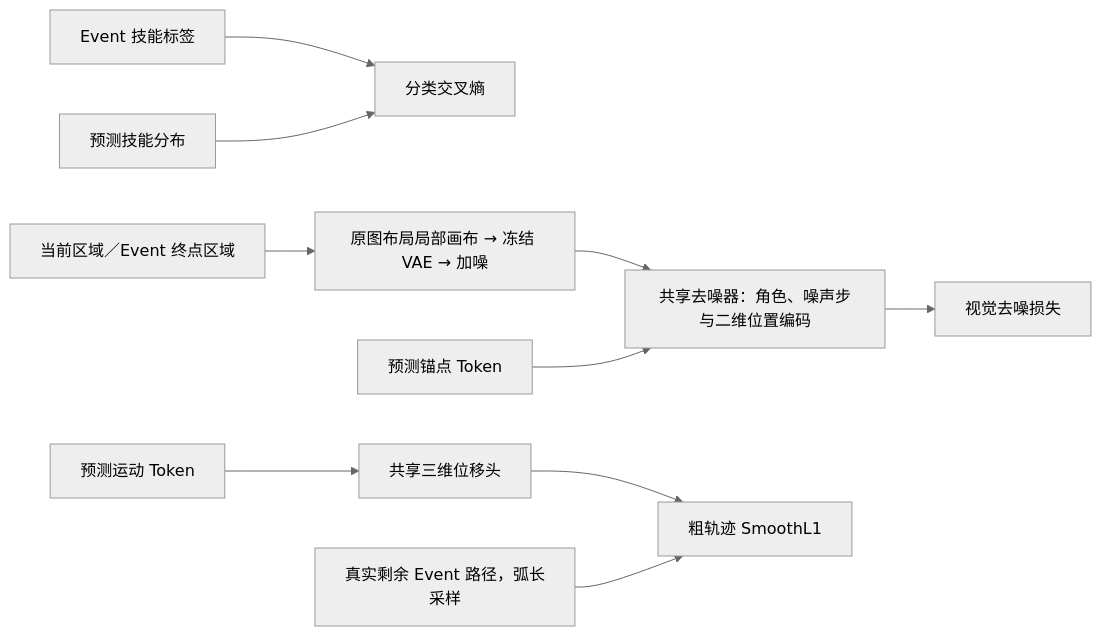
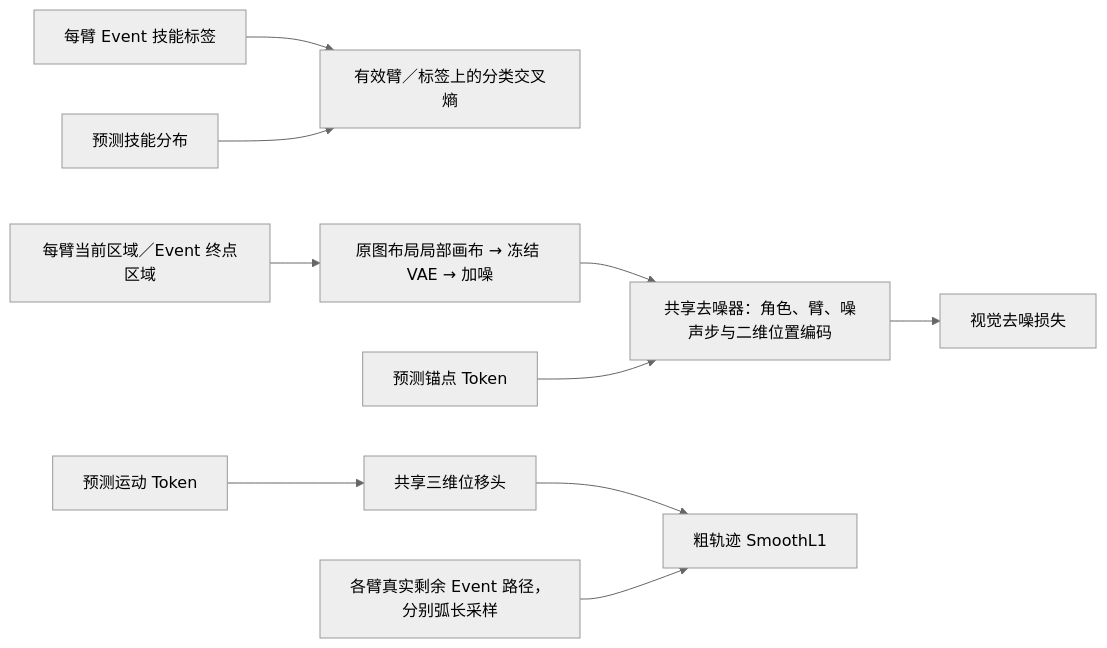
One commit to lyk-nju/ESkill-VLA changed the second of 2 diagrams in docs/design.md. Above: the diagram before and after it, drawn with Mermaid (neutral theme). The commit also changed other lines of this file and 13 other files, not shown here.

````diff
--- a/docs/design.md
+++ b/docs/design.md
@@ -47,12 +49,12 @@
 ```mermaid
 flowchart LR
-    LABEL["Event 技能标签"] --> CE["分类交叉熵"]
+    LABEL["每臂 Event 技能标签"] --> CE["有效臂／标签上的分类交叉熵"]
     LOGIT["预测技能分布"] --> CE
-    ROI["当前区域／Event 终点区域"] --> ENC["原图布局局部画布 → 冻结 VAE → 加噪"]
-    ENC --> DEN["共享去噪器：角色、噪声步与二维位置编码"]
+    ROI["每臂当前区域／Event 终点区域"] --> ENC["原图布局局部画布 → 冻结 VAE → 加噪"]
+    ENC --> DEN["共享去噪器：角色、臂、噪声步与二维位置编码"]
     G["预测锚点 Token"] --> DEN
     DEN --> LG["视觉去噪损失"]
     Z["预测运动 Token"] --> HEAD["共享三维位移头"]
     HEAD --> LM["粗轨迹 SmoothL1"]
-    TRACE["真实剩余 Event 路径，弧长采样"] --> LM
+    TRACE["各臂真实剩余 Event 路径，分别弧长采样"] --> LM
 ```
````
